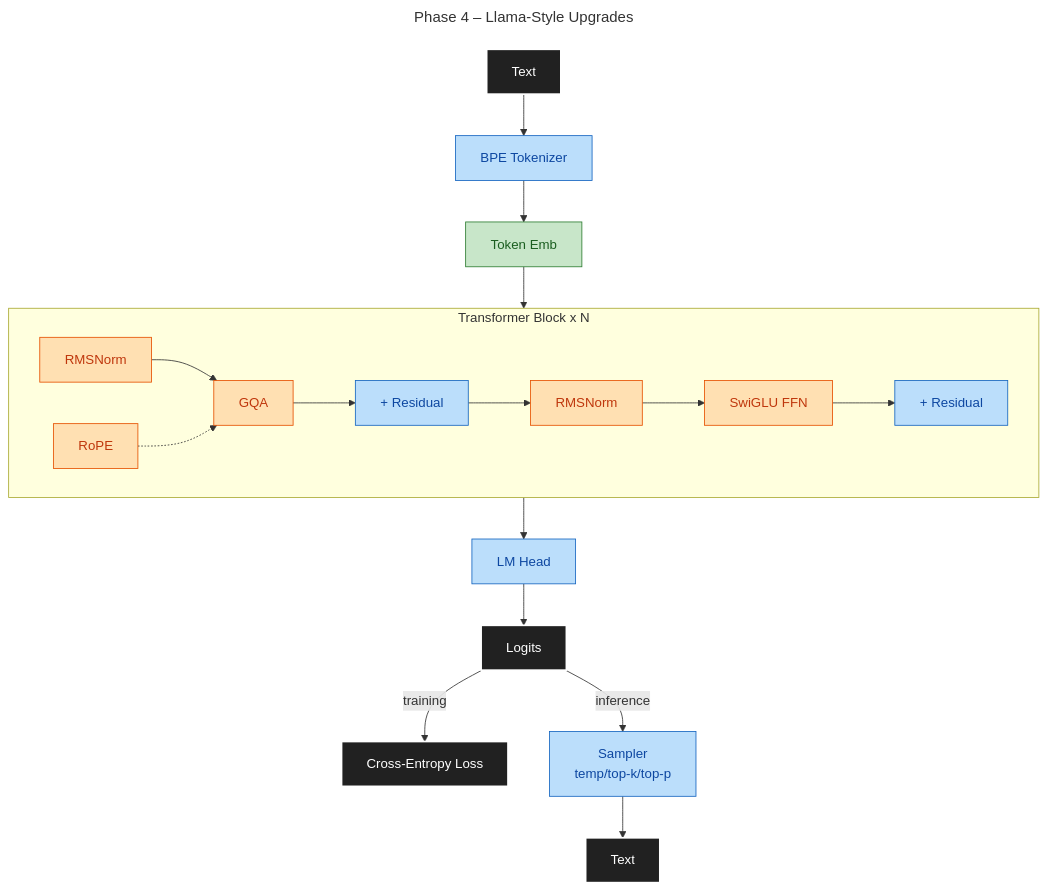
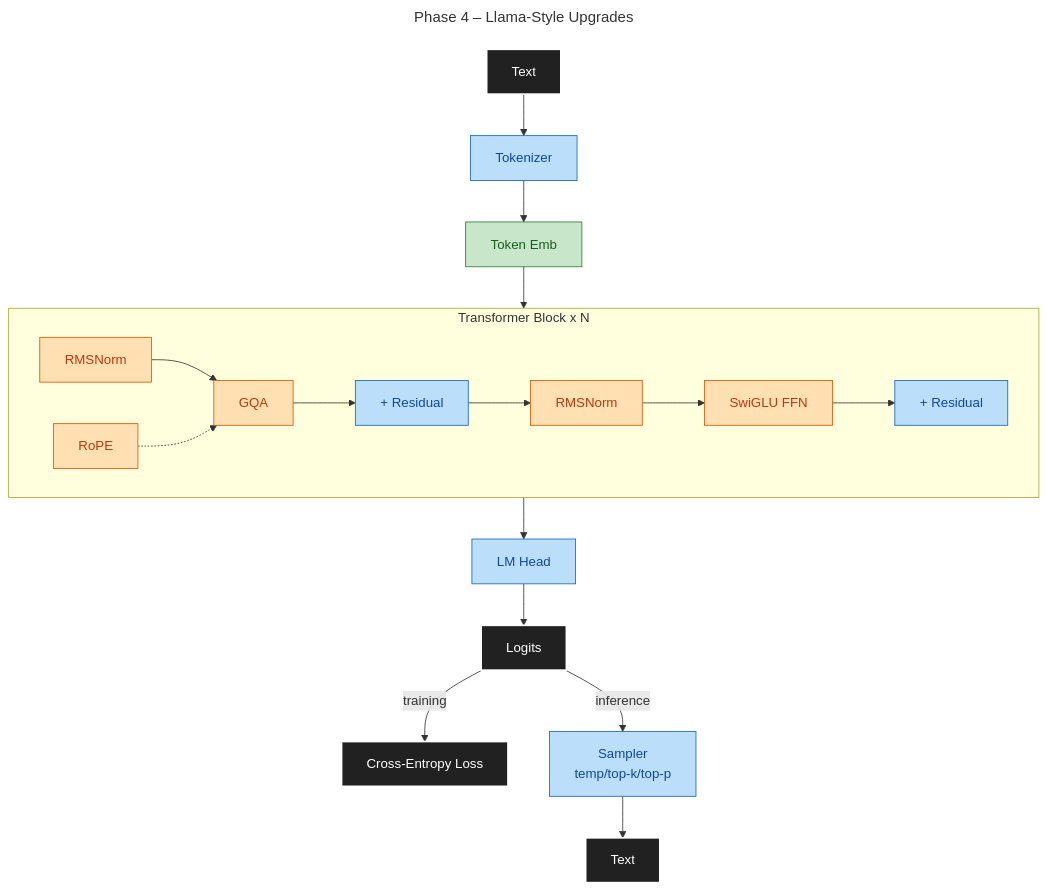
The third of 7 diagrams in docs/DESIGN.md (maxjbarfuss/max_llm), drawn with Mermaid before and after one commit. The commit also changed other lines of this file and 5 other files, not shown here.

````diff
--- a/docs/DESIGN.md
+++ b/docs/DESIGN.md
@@ -71,19 +71,19 @@
 ```mermaid
 ---
 title: Phase 4 – Llama-Style Upgrades
 ---
 graph TD
-    A[Text]:::io --> B[BPE Tokenizer]:::p3 --> C[Token Emb]:::p2 --> Block
+    A[Text]:::io --> B[Tokenizer]:::p3 --> C[Token Emb]:::p2 --> Block
     subgraph Block[Transformer Block x N]
         direction LR
         D[RMSNorm]:::p4 --> E[GQA]:::p4 --> F[+ Residual]:::p3 --> G[RMSNorm]:::p4 --> H[SwiGLU FFN]:::p4 --> I[+ Residual]:::p3
         RoPE:::p4 -.-> E
     end
     Block --> J[LM Head]:::p3 --> K[Logits]:::io
     K -->|training| L[Cross-Entropy Loss]:::io
     K -->|inference| M[Sampler<br/>temp/top-k/top-p]:::p3 --> N[Text]:::io
     classDef io fill:#212121,stroke:#FFFFFF,color:#FFFFFF,stroke-width:2px
     classDef p2 fill:#C8E6C9,stroke:#2E7D32,color:#1B5E20
     classDef p3 fill:#BBDEFB,stroke:#1565C0,color:#0D47A1
     classDef p4 fill:#FFE0B2,stroke:#E65100,color:#BF360C
 ```
````
